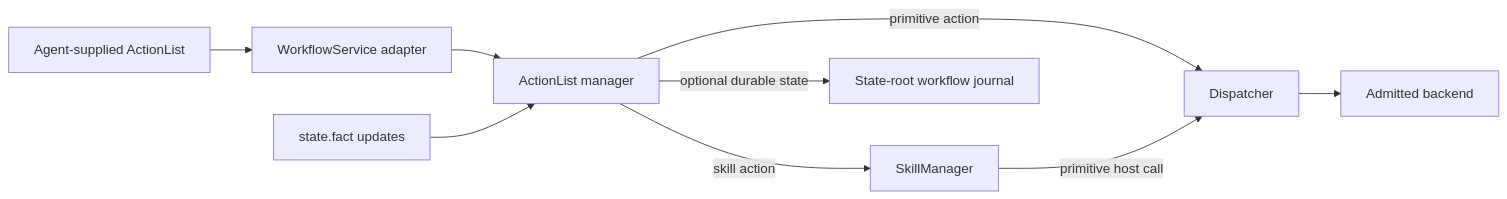
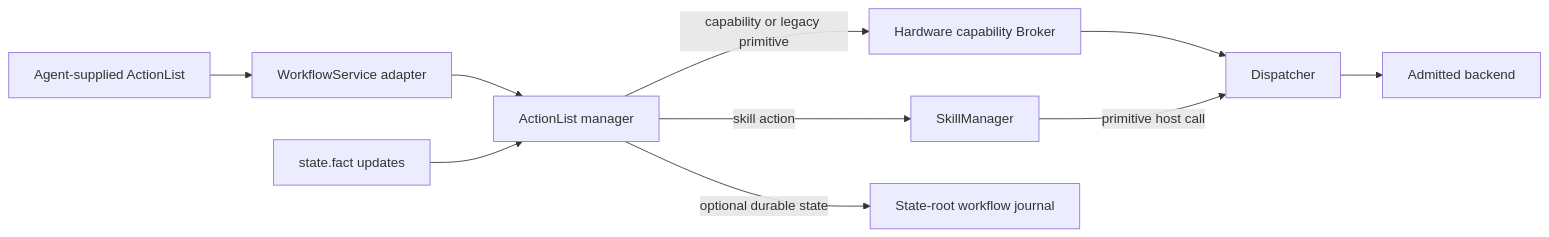
Before and after one commit to Island-Team/Aether-EOS-R: the diagram in docs/eos/design/runtime/actionlist.md, drawn with Mermaid. The commit also changed other lines of this file and 1196 other files, not shown here.

````diff
--- a/docs/eos/design/runtime/actionlist.md
+++ b/docs/eos/design/runtime/actionlist.md
@@ -15,11 +41,12 @@
 ```mermaid
 flowchart LR
   agent["Agent-supplied ActionList"] --> workflow["WorkflowService adapter"]
   workflow --> actionlist["ActionList manager"]
   facts["state.fact updates"] --> actionlist
   actionlist -->|"skill action"| skills["SkillManager"]
-  actionlist -->|"primitive action"| dispatch["Dispatcher"]
+  actionlist -->|"capability or legacy primitive"| broker["Hardware capability Broker"]
+  broker --> dispatch["Dispatcher"]
   actionlist -->|"optional durable state"| journal["State-root workflow journal"]
   skills -->|"primitive host call"| dispatch
   dispatch --> hardware["Admitted backend"]
 ```
````
